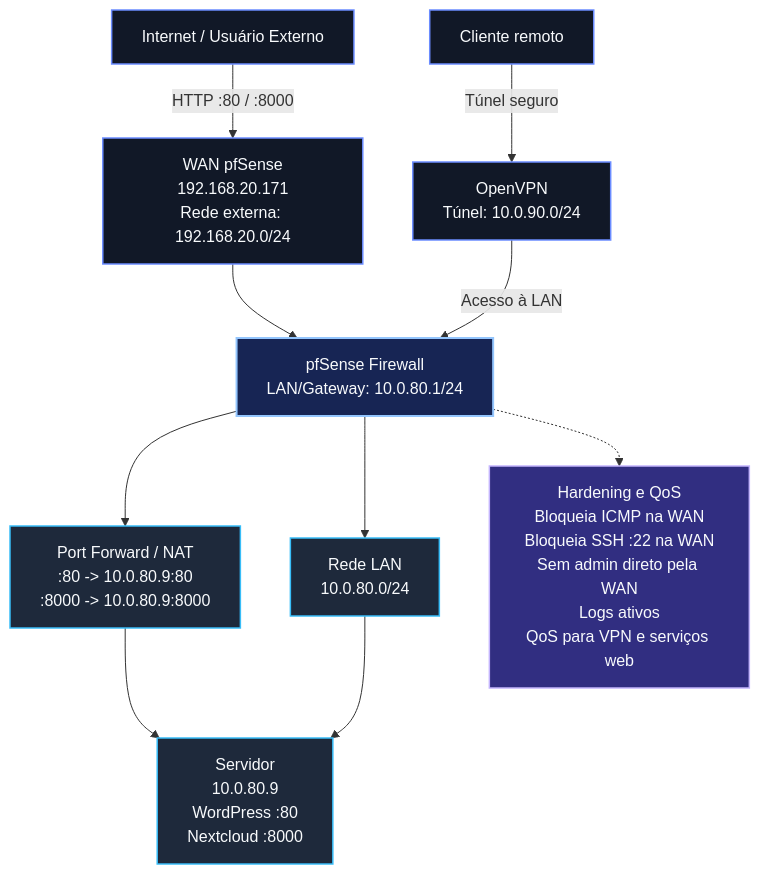
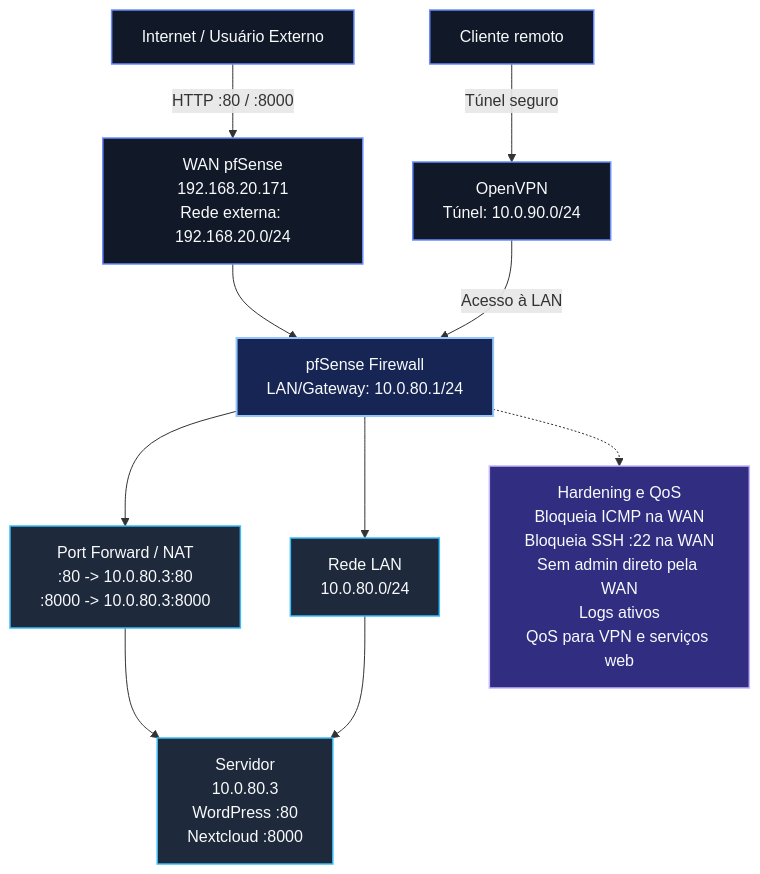
One commit to pedronery07/insper.techacker.roteiro3 changed the diagram in docs/relatorio/index.md. Above: the diagram before and after it, drawn with Mermaid. The commit also changed other lines of this file, not shown here.

Commit message:
Update NAT and server IPs in documentation

````diff
--- a/docs/relatorio/index.md
+++ b/docs/relatorio/index.md
@@ -20,34 +20,34 @@
 ```mermaid
 %%{init: {"flowchart": {"htmlLabels": true, "curve": "basis"}, "themeVariables": {"fontSize": "16px"}} }%%
 flowchart TB
     external["Internet / Usuário Externo"]
     wan["WAN pfSense<br/>192.168.20.171<br/>Rede externa: 192.168.20.0/24"]
     pfsense["pfSense Firewall<br/>LAN/Gateway: 10.0.80.1/24"]
-    nat["Port Forward / NAT<br/>:80 -> 10.0.80.9:80<br/>:8000 -> 10.0.80.9:8000"]
+    nat["Port Forward / NAT<br/>:80 -> 10.0.80.3:80<br/>:8000 -> 10.0.80.3:8000"]
     lan["Rede LAN<br/>10.0.80.0/24"]
-    server["Servidor<br/>10.0.80.9<br/>WordPress :80<br/>Nextcloud :8000"]
+    server["Servidor<br/>10.0.80.3<br/>WordPress :80<br/>Nextcloud :8000"]
     remote["Cliente remoto"]
     vpn["OpenVPN<br/>Túnel: 10.0.90.0/24"]
     rules["Hardening e QoS<br/>Bloqueia ICMP na WAN<br/>Bloqueia SSH :22 na WAN<br/>Sem admin direto pela WAN<br/>Logs ativos<br/>QoS para VPN e serviços web"]
 
     external -->|"HTTP :80 / :8000"| wan
     wan --> pfsense
     pfsense --> nat
     nat --> server
     pfsense --> lan
     lan --> server
 
     remote -->|"Túnel seguro"| vpn
     vpn -->|"Acesso à LAN"| pfsense
     pfsense -.-> rules
 
     classDef endpoint fill:#111827,stroke:#6b8cff,color:#f8fafc,stroke-width:1.5px
     classDef firewall fill:#172554,stroke:#93c5fd,color:#f8fafc,stroke-width:2px
     classDef service fill:#1e293b,stroke:#38bdf8,color:#f8fafc,stroke-width:1.5px
     classDef control fill:#312e81,stroke:#c4b5fd,color:#f8fafc,stroke-width:1.5px
 
     class external,wan,remote,vpn endpoint
     class pfsense firewall
     class lan,server,nat service
     class rules control
 ```
````
